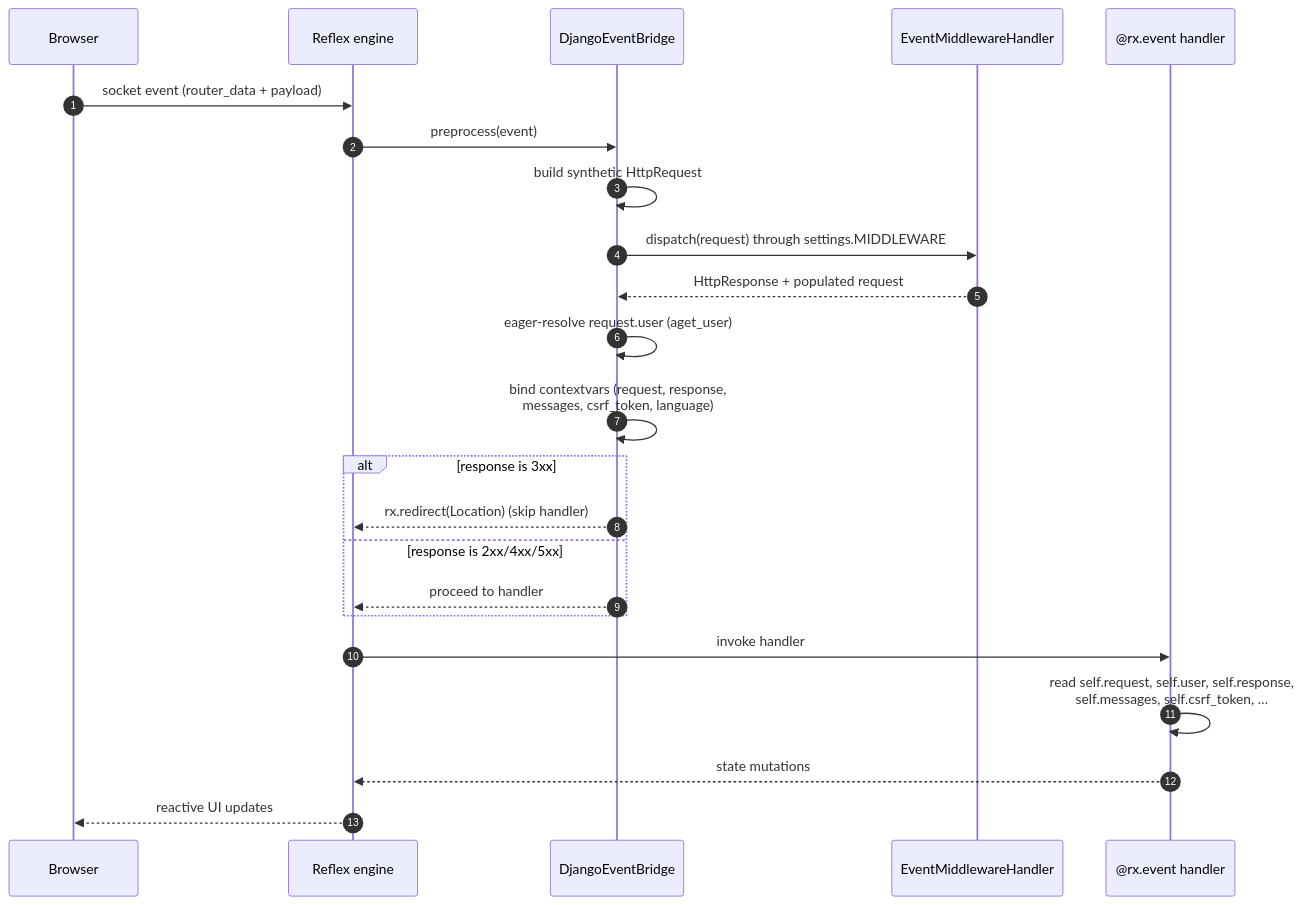
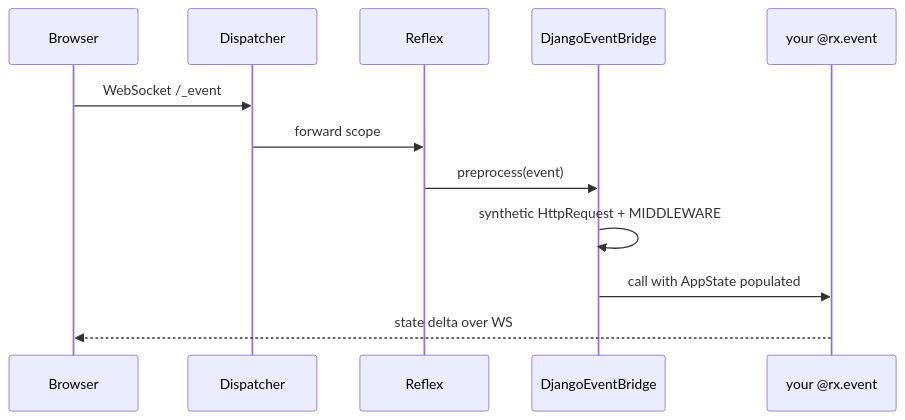
Before and after one commit to web7ai/reflex-django: the second of 2 diagrams in docs/architecture.md, drawn with Mermaid. The commit also changed other lines of this file and 65 other files, not shown here.

````diff
--- a/docs/architecture.md
+++ b/docs/architecture.md
@@ -182,26 +137,15 @@
 ```mermaid
 sequenceDiagram
-    autonumber
-    participant Browser
-    participant Reflex as Reflex engine
-    participant Bridge as DjangoEventBridge
-    participant Handler as EventMiddlewareHandler
-    participant State as @rx.event handler
+  participant Browser
+  participant Dispatcher
+  participant Reflex
+  participant Bridge as DjangoEventBridge
+  participant Handler as your @rx.event
 
-    Browser->>Reflex: socket event (router_data + payload)
-    Reflex->>Bridge: preprocess(event)
-    Bridge->>Bridge: build synthetic HttpRequest
-    Bridge->>Handler: dispatch(request) through settings.MIDDLEWARE
-    Handler-->>Bridge: HttpResponse + populated request
-    Bridge->>Bridge: eager-resolve request.user (aget_user)
-    Bridge->>Bridge: bind contextvars (request, response,<br/>messages, csrf_token, language)
-    alt response is 3xx
-        Bridge-->>Reflex: rx.redirect(Location) (skip handler)
-    else response is 2xx/4xx/5xx
-        Bridge-->>Reflex: proceed to handler
-    end
-    Reflex->>State: invoke handler
-    State->>State: read self.request, self.user, self.response,<br/>self.messages, self.csrf_token, …
-    State-->>Reflex: state mutations
-    Reflex-->>Browser: reactive UI updates
+  Browser->>Dispatcher: WebSocket /_event
+  Dispatcher->>Reflex: forward scope
+  Reflex->>Bridge: preprocess(event)
+  Bridge->>Bridge: synthetic HttpRequest + MIDDLEWARE
+  Bridge->>Handler: call with AppState populated
+  Handler-->>Browser: state delta over WS
 ```
````
